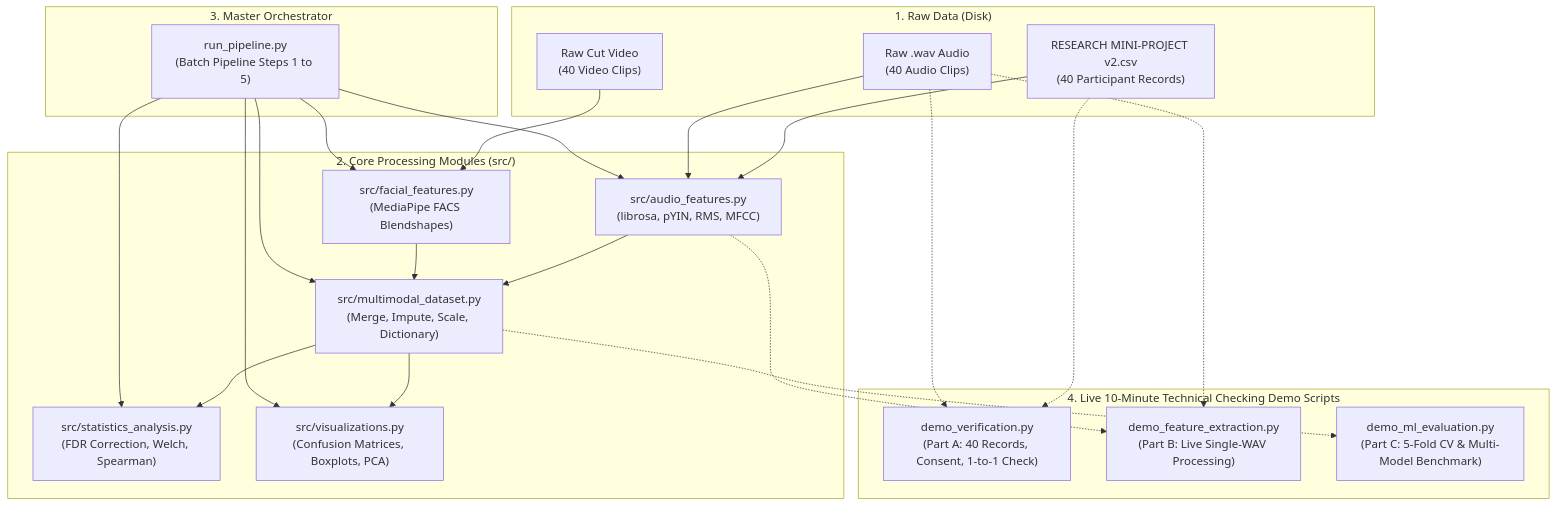
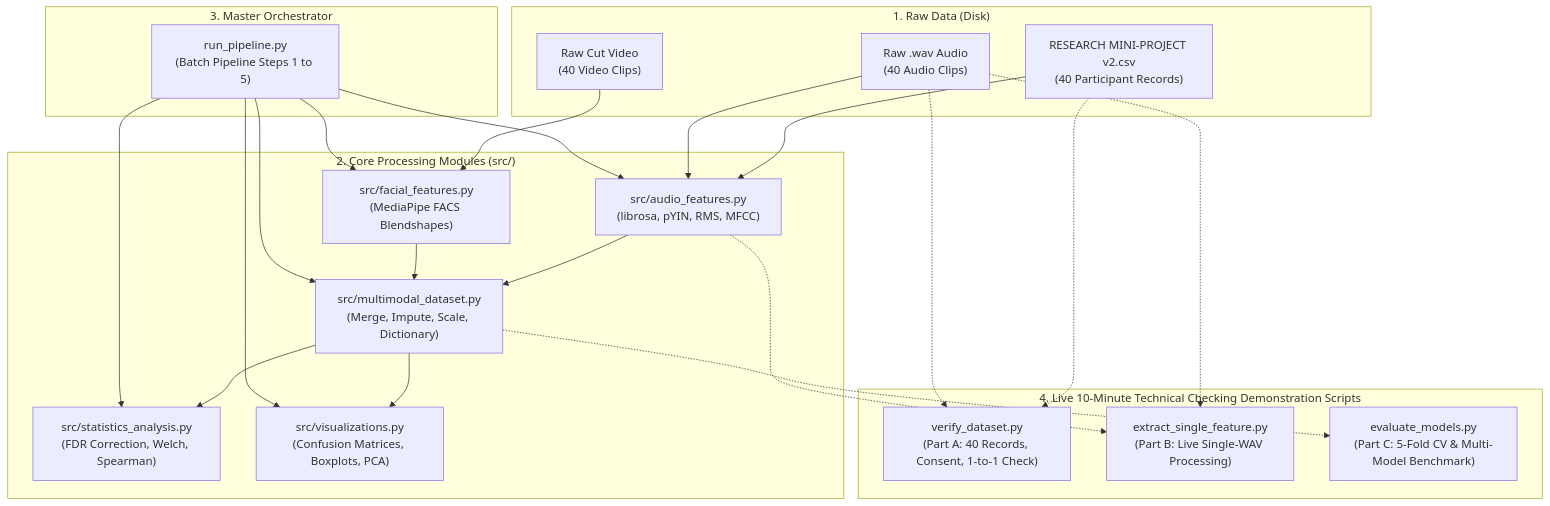
Before and after one commit to JESREAL1JDL7LUSTRE/bisaya-speech-affect-recognition: the first of 4 diagrams in CODE_EXPLANATION_AND_DEFENSE_GUIDE.md, drawn with Mermaid. The commit also changed other lines of this file and 6 other files, not shown here.

Commit message:
refactor: rename demo scripts to professional names (verify_dataset, extract_single_feature, evaluate_models)

````diff
--- a/CODE_EXPLANATION_AND_DEFENSE_GUIDE.md
+++ b/CODE_EXPLANATION_AND_DEFENSE_GUIDE.md
@@ -41,46 +41,46 @@
 ```mermaid
 flowchart TD
     subgraph RawData ["1. Raw Data (Disk)"]
         CSV["RESEARCH MINI-PROJECT v2.csv<br/>(40 Participant Records)"]
         WAV["Raw .wav Audio<br/>(40 Audio Clips)"]
         MP4["Raw Cut Video<br/>(40 Video Clips)"]
     end
 
     subgraph CoreModules ["2. Core Processing Modules (src/)"]
         AF["src/audio_features.py<br/>(librosa, pYIN, RMS, MFCC)"]
         FF["src/facial_features.py<br/>(MediaPipe FACS Blendshapes)"]
         MD["src/multimodal_dataset.py<br/>(Merge, Impute, Scale, Dictionary)"]
         SA["src/statistics_analysis.py<br/>(FDR Correction, Welch, Spearman)"]
         VZ["src/visualizations.py<br/>(Confusion Matrices, Boxplots, PCA)"]
     end
 
     subgraph MasterPipeline ["3. Master Orchestrator"]
         RP["run_pipeline.py<br/>(Batch Pipeline Steps 1 to 5)"]
     end
 
-    subgraph DemoScripts ["4. Live 10-Minute Technical Checking Demo Scripts"]
-        DV["demo_verification.py<br/>(Part A: 40 Records, Consent, 1-to-1 Check)"]
-        DF["demo_feature_extraction.py<br/>(Part B: Live Single-WAV Processing)"]
-        DM["demo_ml_evaluation.py<br/>(Part C: 5-Fold CV & Multi-Model Benchmark)"]
+    subgraph DemoScripts ["4. Live 10-Minute Technical Checking Demonstration Scripts"]
+        DV["verify_dataset.py<br/>(Part A: 40 Records, Consent, 1-to-1 Check)"]
+        DF["extract_single_feature.py<br/>(Part B: Live Single-WAV Processing)"]
+        DM["evaluate_models.py<br/>(Part C: 5-Fold CV & Multi-Model Benchmark)"]
     end
 
     CSV --> AF
     WAV --> AF
     MP4 --> FF
     AF --> MD
     FF --> MD
     MD --> SA
     MD --> VZ
     
     RP --> AF
     RP --> FF
     RP --> MD
     RP --> SA
     RP --> VZ
 
     CSV -.-> DV
     WAV -.-> DV
     WAV -.-> DF
     AF -.-> DF
     MD -.-> DM
 ```
````
